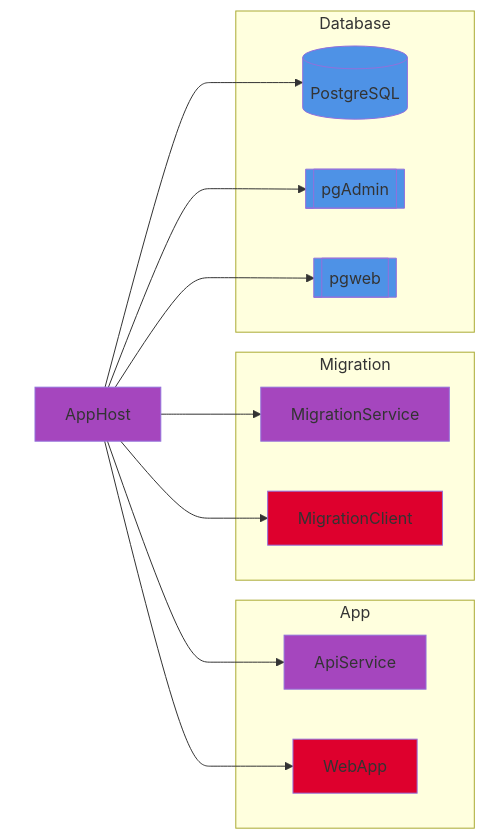
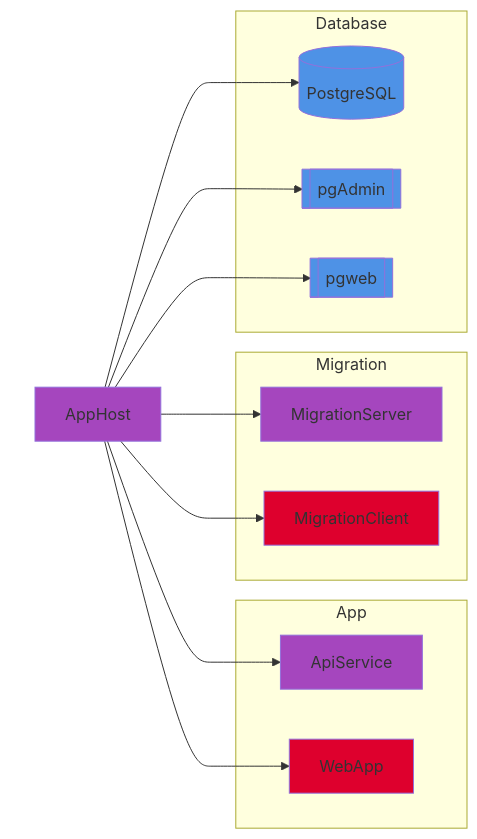
The first of 3 diagrams in src/MrHotel/AppHost/README.md (RafaMadera18/CS_Equipo4), drawn with Mermaid before and after one commit. The commit also changed other lines of this file and 1 other file, not shown here.

````diff
--- a/src/MrHotel/AppHost/README.md
+++ b/src/MrHotel/AppHost/README.md
@@ -14,32 +17,32 @@
 ```mermaid
 graph LR
     style host-s stroke-width:0,fill:transparent
     style AppHost fill:#a546be
     style ApiService fill:#a546be
-    style MigrationService fill:#a546be
+    style MigrationServer fill:#a546be
     style MigrationClient fill:#de002d
     style WebApp fill:#de002d
     style db fill:#4e92e6
     style pg1 fill:#4e92e6
     style pg2 fill:#4e92e6
 
     subgraph host-s[ ]
     AppHost
     end
 
     subgraph App
     AppHost --> ApiService
     AppHost --> WebApp
     end
 
     subgraph Migration
-    AppHost --> MigrationService
+    AppHost --> MigrationServer
     AppHost --> MigrationClient
     end
 
     subgraph Database
     AppHost --> db[(PostgreSQL)]
     AppHost --> pg1[[pgAdmin]]
     AppHost --> pg2[[pgweb]]
     end
 ```
````
